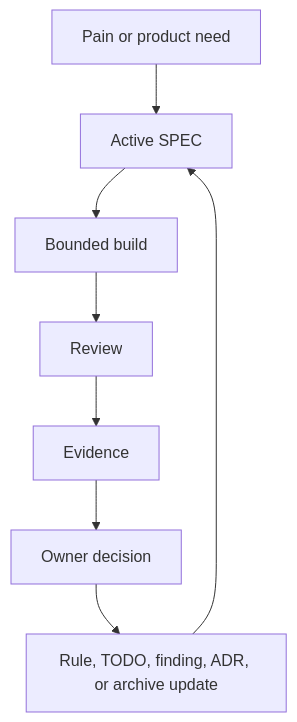
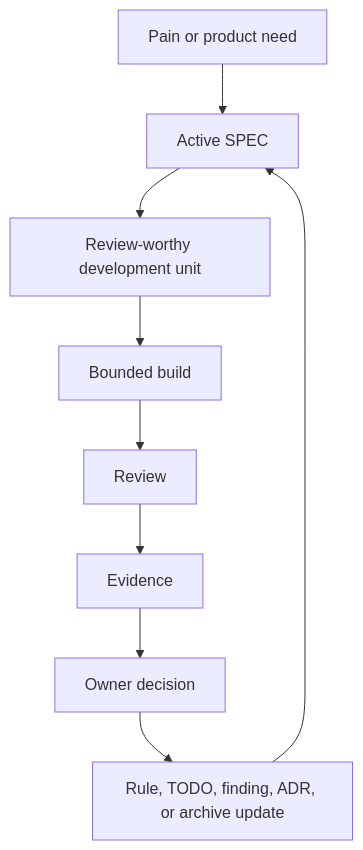
Before and after one commit to LiveTrack-X/spec-driven-ai-development: the diagram in README.md, drawn with Mermaid. The commit also changed other lines of this file and 27 other files, not shown here.

Commit message:
Reduce intervention with review-worthy units

````diff
--- a/README.md
+++ b/README.md
@@ -265,10 +301,11 @@
 ```mermaid
 flowchart TD
     A["Pain or product need"] --> B["Active SPEC"]
-    B --> C["Bounded build"]
-    C --> D["Review"]
-    D --> E["Evidence"]
-    E --> F["Owner decision"]
-    F --> G["Rule, TODO, finding, ADR, or archive update"]
-    G --> B
+    B --> C["Review-worthy development unit"]
+    C --> D["Bounded build"]
+    D --> E["Review"]
+    E --> F["Evidence"]
+    F --> G["Owner decision"]
+    G --> H["Rule, TODO, finding, ADR, or archive update"]
+    H --> B
 ```
````
